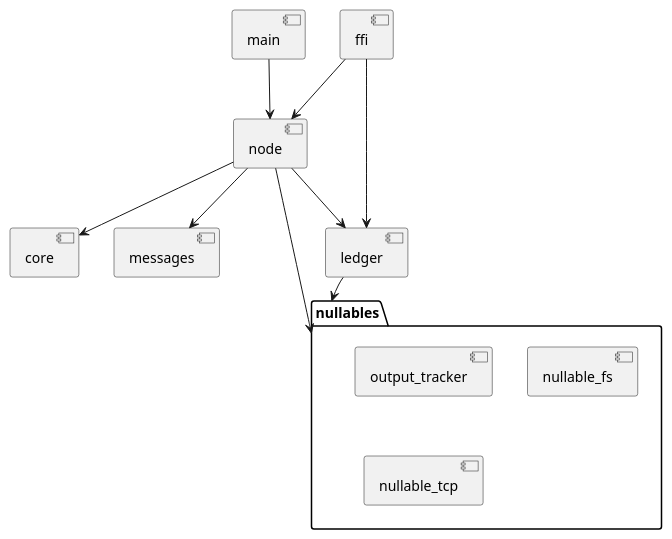
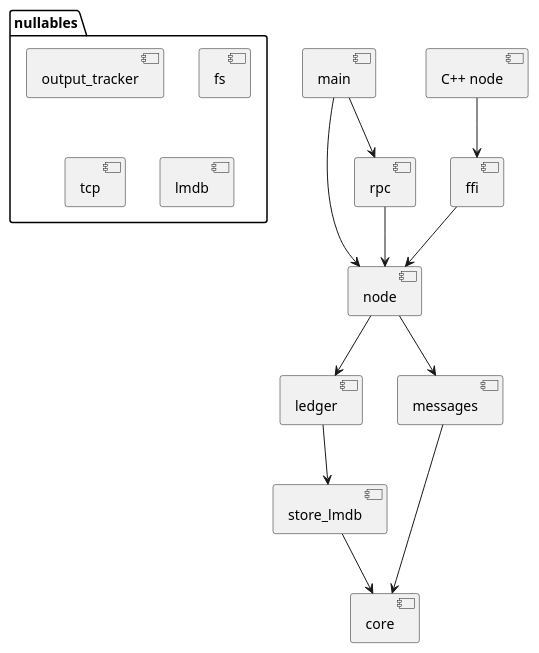
One commit to stjet/rsban-node changed the diagram in rust/doc/crates.puml. Above: the diagram before and after it, drawn with PlantUML. The commit also changed 23 other files, not shown here.

Commit message:
Extract crate rsnano_nullable_lmdb

```diff
--- a/rust/doc/crates.puml
+++ b/rust/doc/crates.puml
@@ -1,26 +1,32 @@
 @startuml "Split crates"
 
 [nullables]
 [core]
 [ledger]
+[store_lmdb]
 [messages]
 [node]
 [main]
+[rpc]
 [ffi]
+[C++ node]
 
 folder "nullables"{
 [output_tracker]
-[nullable_fs]
-[nullable_tcp]
+[fs]
+[tcp]
+[lmdb]
 }
 
+[C++ node] --> [ffi]
 [main] --> [node]
-[node] --> [core]
+[main] --> [rpc]
+[rpc] --> [node]
 [node] --> [ledger]
 [node] --> [messages]
-[node] --> "nullables"
-[ledger] --> "nullables"
-[ffi] --> [ledger]
+[messages] --> [core]
+[ledger] --> [store_lmdb]
+[store_lmdb] --> [core]
 [ffi] --> [node]
 
 @enduml
```
